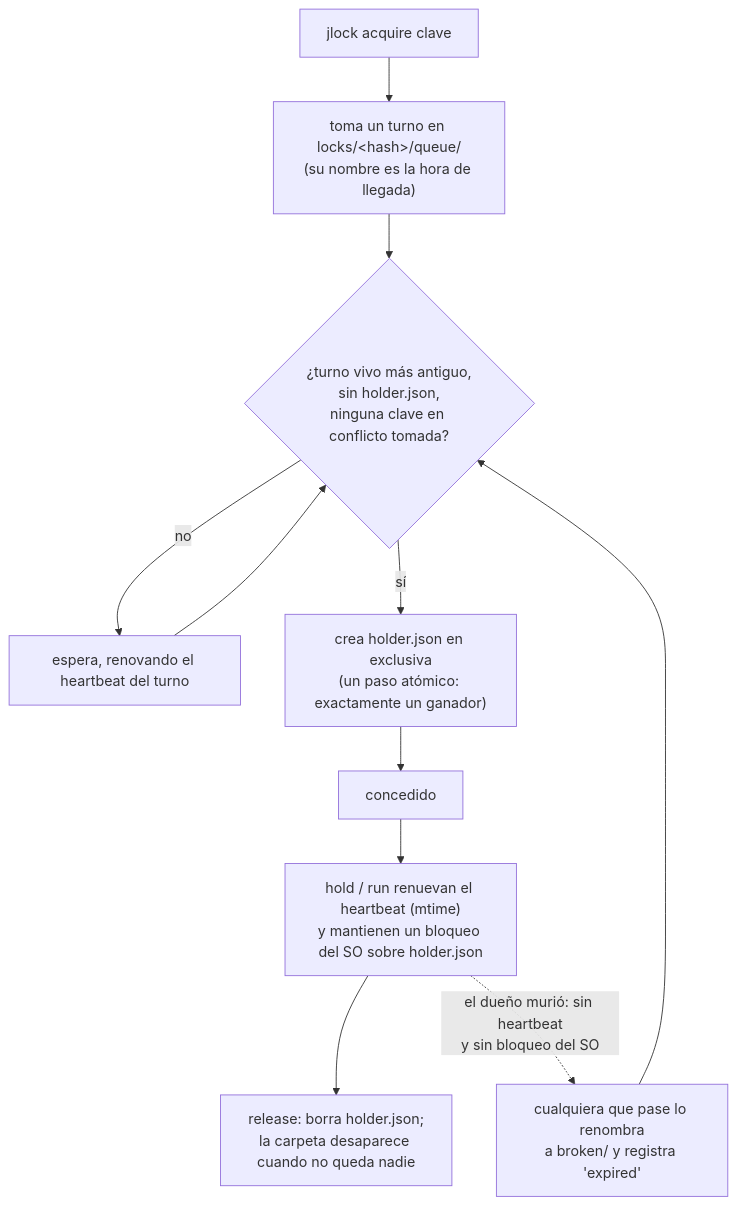
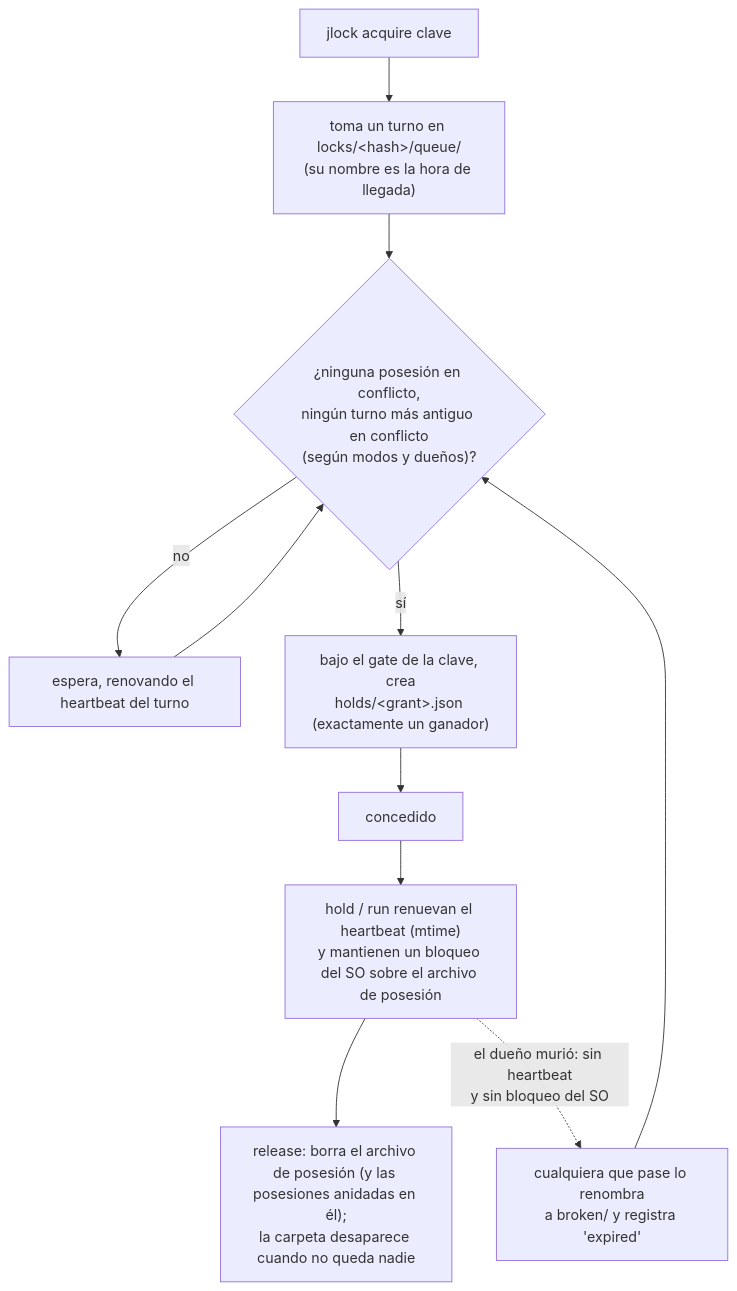
The diagram in README.es.md (rodrigojager/jlock), drawn with Mermaid before and after one commit. The commit also changed other lines of this file and 10 other files, not shown here.

````diff
--- a/README.es.md
+++ b/README.es.md
@@ -219,12 +267,12 @@
 ```mermaid
 flowchart TD
     A["jlock acquire clave"] --> B["toma un turno en locks/&lt;hash&gt;/queue/<br/>(su nombre es la hora de llegada)"]
-    B --> C{"¿turno vivo más antiguo,<br/>sin holder.json,<br/>ninguna clave en conflicto tomada?"}
+    B --> C{"¿ninguna posesión en conflicto,<br/>ningún turno más antiguo en conflicto<br/>(según modos y dueños)?"}
     C -- no --> W["espera, renovando el heartbeat del turno"] --> C
-    C -- sí --> D["crea holder.json en exclusiva<br/>(un paso atómico: exactamente un ganador)"]
+    C -- sí --> D["bajo el gate de la clave, crea<br/>holds/&lt;grant&gt;.json (exactamente un ganador)"]
     D --> E["concedido"]
-    E --> H["hold / run renuevan el heartbeat (mtime)<br/>y mantienen un bloqueo del SO sobre holder.json"]
-    H --> R["release: borra holder.json;<br/>la carpeta desaparece cuando no queda nadie"]
+    E --> H["hold / run renuevan el heartbeat (mtime)<br/>y mantienen un bloqueo del SO sobre el archivo de posesión"]
+    H --> R["release: borra el archivo de posesión (y las posesiones anidadas en él);<br/>la carpeta desaparece cuando no queda nadie"]
     H -. "el dueño murió: sin heartbeat<br/>y sin bloqueo del SO" .-> X["cualquiera que pase lo renombra<br/>a broken/ y registra 'expired'"]
     X --> C
 ```
````
